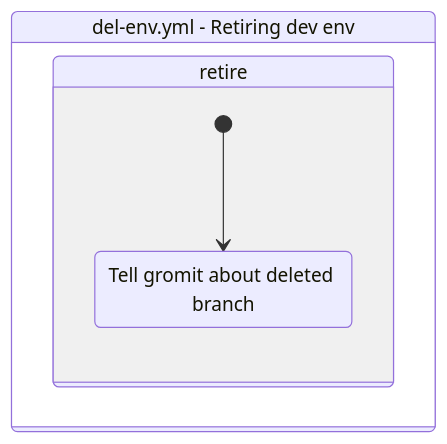
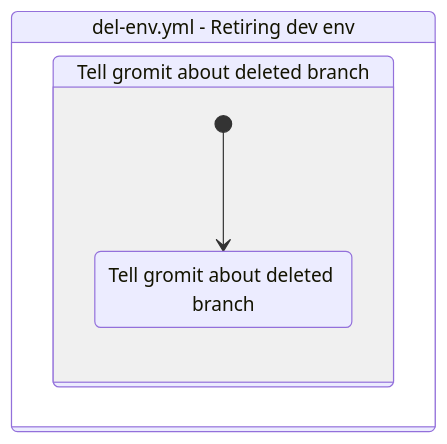
The diagram in docs/github-actions/tyk-analytics/del-env.yml.md (TykTechnologies/exp), drawn with Mermaid before and after one commit. The commit also changed 31 other files, not shown here.

````diff
--- a/docs/github-actions/tyk-analytics/del-env.yml.md
+++ b/docs/github-actions/tyk-analytics/del-env.yml.md
@@ -3,12 +3,11 @@
 ```mermaid
 stateDiagram-v2
     workflow : del-env.yml - Retiring dev env
     state workflow {
-        retire: 
+        retire: Tell gromit about deleted branch
         state retire {
             [*] --> step0retire
             step0retire : Tell gromit about deleted branch
         }
     }
-
 ```
````
